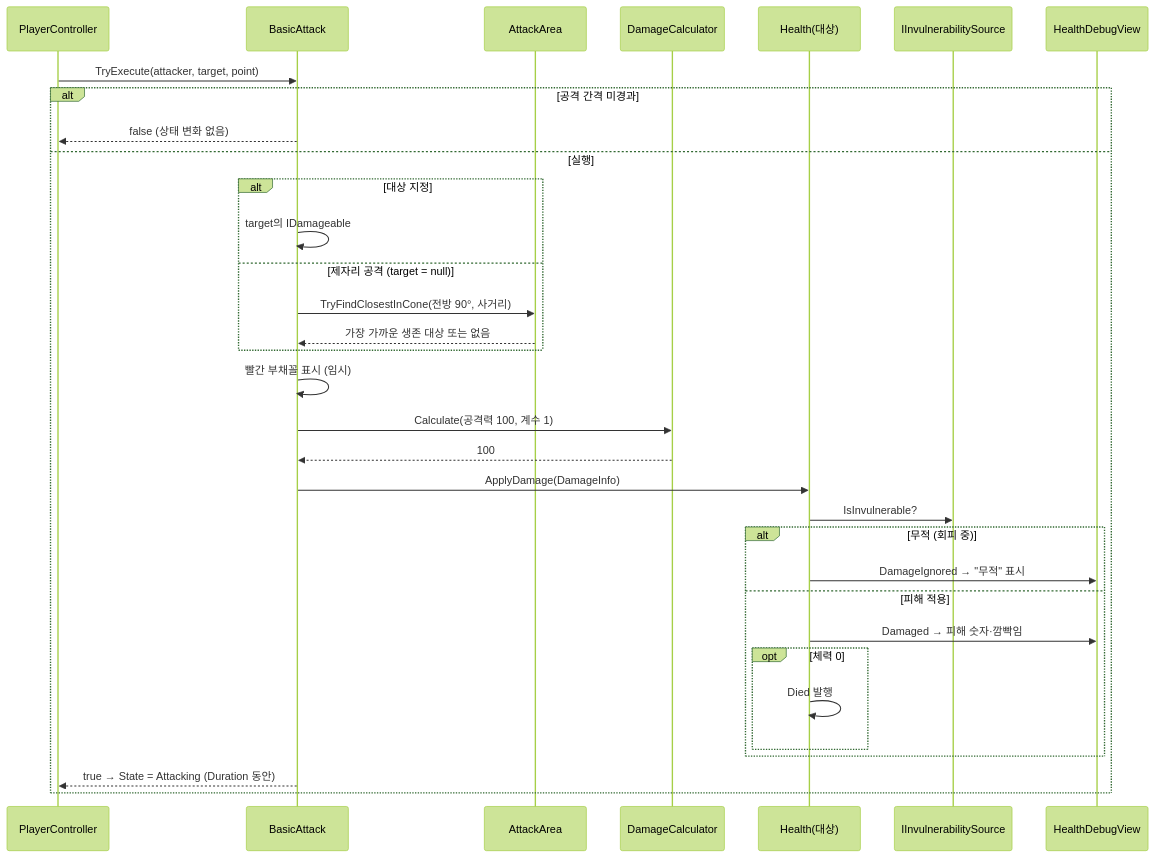
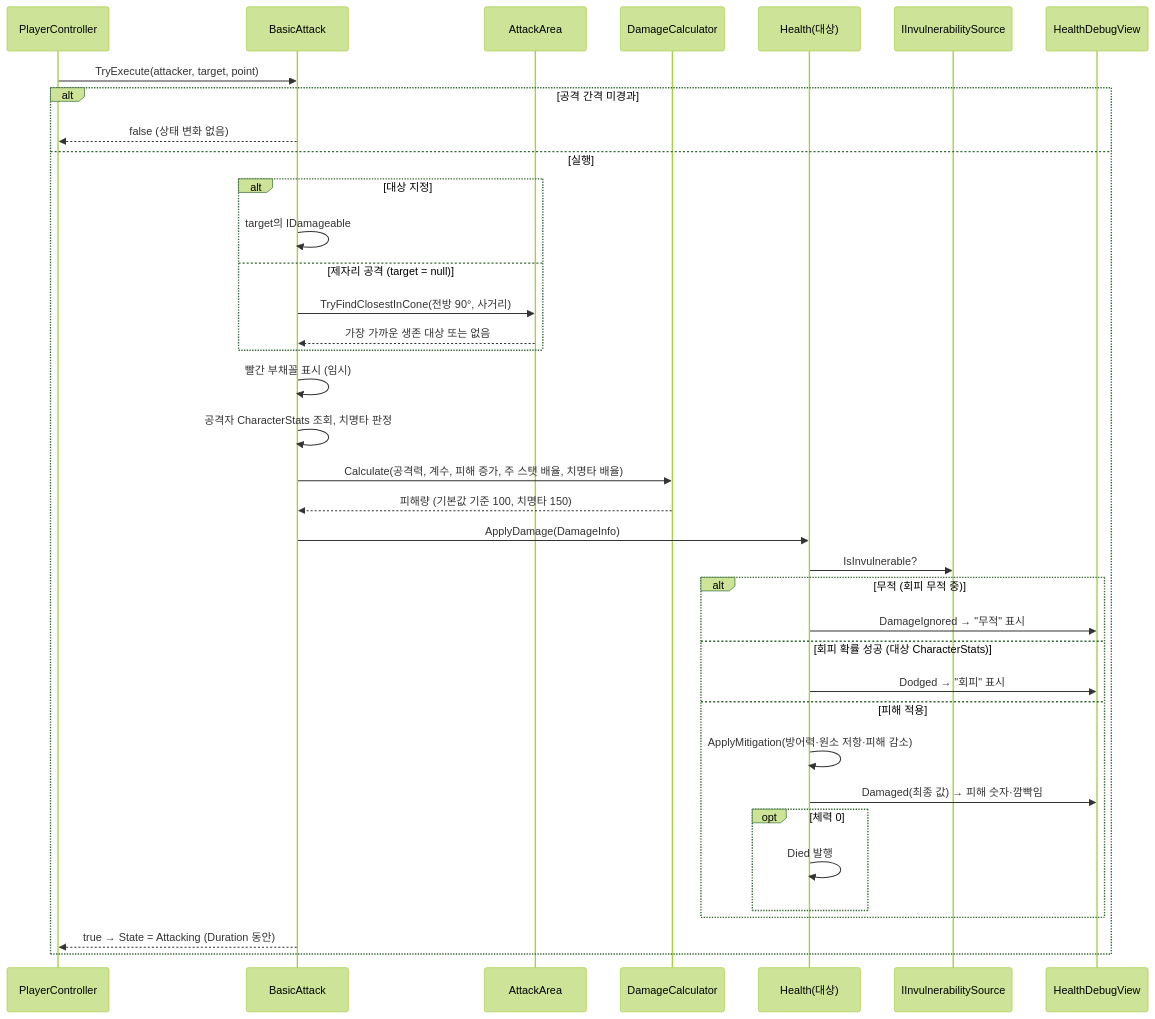
Before and after one commit to lwy0810/BROKEN-SOVEREIGN: diagram 17 of 17 in Docs/ClassDiagram.md, drawn with Mermaid (forest theme). The commit also changed other lines of this file and 2 other files, not shown here.

````diff
--- a/Docs/ClassDiagram.md
+++ b/Docs/ClassDiagram.md
@@ -1252,36 +1359,40 @@
 ```mermaid
 sequenceDiagram
     participant PC as PlayerController
     participant BA as BasicAttack
     participant AA as AttackArea
     participant DC as DamageCalculator
     participant HP as Health(대상)
     participant IV as IInvulnerabilitySource
     participant DV as HealthDebugView
 
     PC->>BA: TryExecute(attacker, target, point)
     alt 공격 간격 미경과
         BA-->>PC: false (상태 변화 없음)
     else 실행
         alt 대상 지정
             BA->>BA: target의 IDamageable
         else 제자리 공격 (target = null)
             BA->>AA: TryFindClosestInCone(전방 90°, 사거리)
             AA-->>BA: 가장 가까운 생존 대상 또는 없음
         end
         BA->>BA: 빨간 부채꼴 표시 (임시)
-        BA->>DC: Calculate(공격력 100, 계수 1)
-        DC-->>BA: 100
+        BA->>BA: 공격자 CharacterStats 조회, 치명타 판정
+        BA->>DC: Calculate(공격력, 계수, 피해 증가, 주 스탯 배율, 치명타 배율)
+        DC-->>BA: 피해량 (기본값 기준 100, 치명타 150)
         BA->>HP: ApplyDamage(DamageInfo)
         HP->>IV: IsInvulnerable?
-        alt 무적 (회피 중)
+        alt 무적 (회피 무적 중)
             HP->>DV: DamageIgnored → "무적" 표시
+        else 회피 확률 성공 (대상 CharacterStats)
+            HP->>DV: Dodged → "회피" 표시
         else 피해 적용
-            HP->>DV: Damaged → 피해 숫자·깜빡임
+            HP->>HP: ApplyMitigation(방어력·원소 저항·피해 감소)
+            HP->>DV: Damaged(최종 값) → 피해 숫자·깜빡임
             opt 체력 0
                 HP->>HP: Died 발행
             end
         end
         BA-->>PC: true → State = Attacking (Duration 동안)
     end
 ```
````
